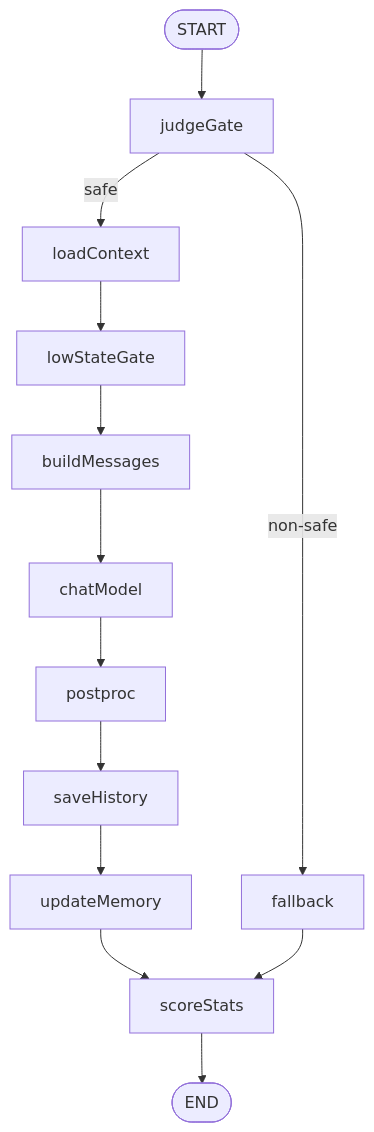
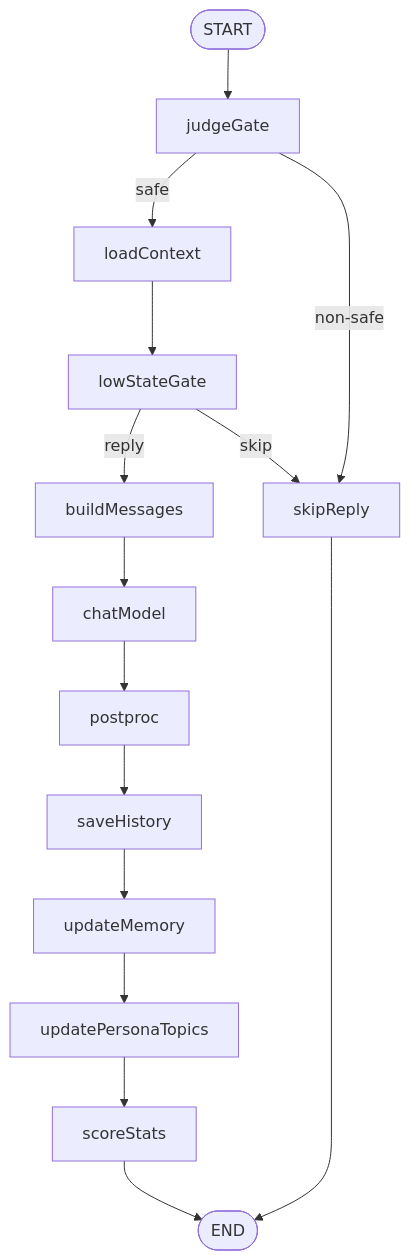
One commit to CoucouMonEcho/llm-bot changed the second of 2 diagrams in README.md. Above: the diagram before and after it, drawn with Mermaid. The commit also changed other lines of this file and 23 other files, not shown here.

````diff
--- a/README.md
+++ b/README.md
@@ -34,11 +34,14 @@
 ```mermaid
 flowchart TD
     START([START]) --> judgeGate
     judgeGate -- safe --> loadContext
-    judgeGate -- "non-safe" --> fallback
-    loadContext --> lowStateGate --> buildMessages --> chatModel
+    judgeGate -- "non-safe" --> skipReply
+    loadContext --> lowStateGate
+    lowStateGate -- reply --> buildMessages
+    lowStateGate -- skip --> skipReply
+    buildMessages --> chatModel
     chatModel --> postproc
-    postproc --> saveHistory --> updateMemory --> scoreStats
-    fallback --> scoreStats
+    postproc --> saveHistory --> updateMemory --> updatePersonaTopics --> scoreStats
     scoreStats --> END([END])
+    skipReply[skipReply] --> END
 ```
````
